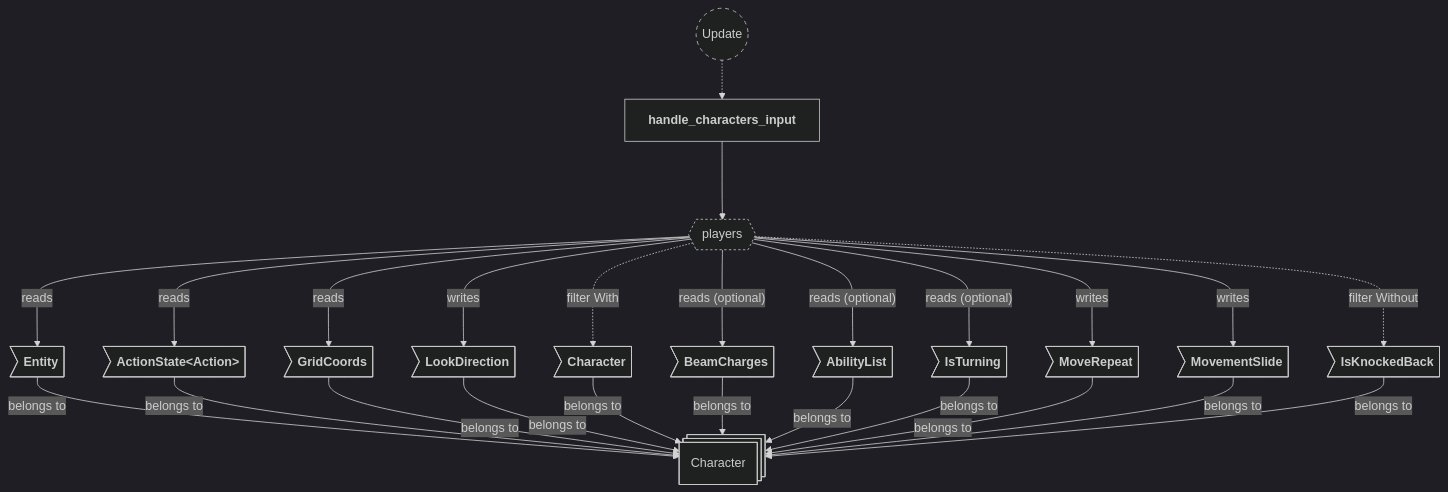
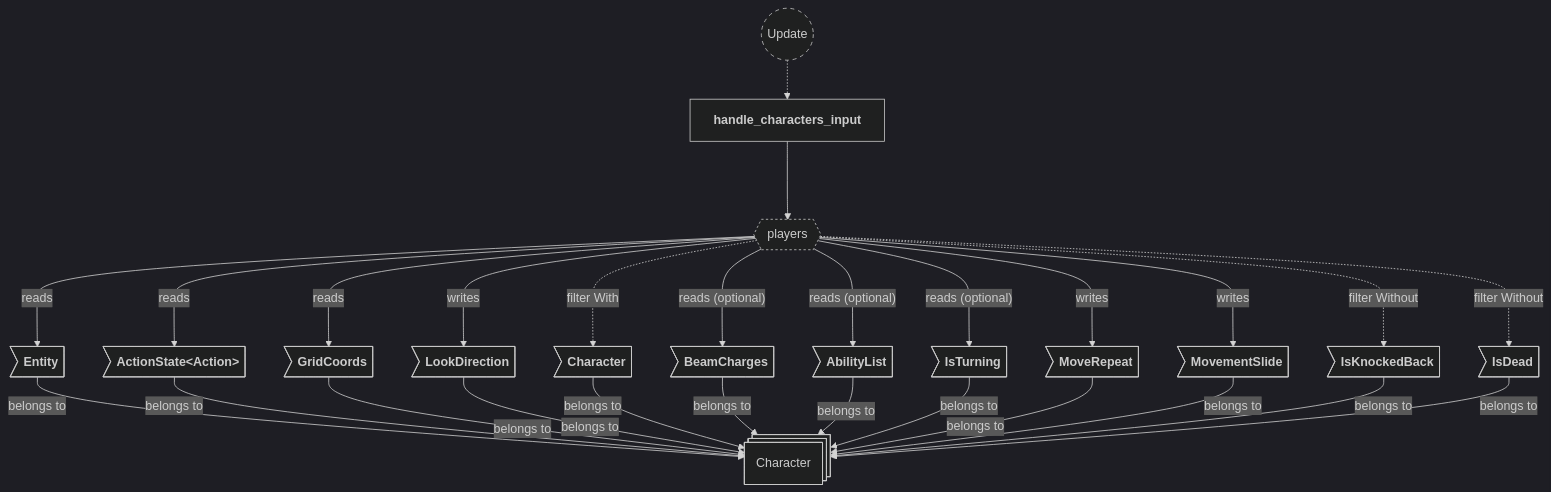
Before and after one commit to neurosoup/tyled: the third of 8 diagrams in backlog/docs/doc-2 - 002-Input-plugin.md, drawn with Mermaid. The commit also changed other lines of this file and 14 other files, not shown here.

````diff
--- a/backlog/docs/doc-2 - 002-Input-plugin.md
+++ b/backlog/docs/doc-2 - 002-Input-plugin.md
@@ -136,44 +136,46 @@
 ```mermaid
 ---
 config:
   theme: dark
 ---
 
 flowchart TD
 classDef system-group stroke-dasharray: 5 5
 classDef query stroke-dasharray: 3 3
 
 update(("`Update`")):::system-group
 handle_characters_input["`**handle_characters_input**`"]
 
 update -.-> handle_characters_input
 
 players_query{{"`players`"}}:::query
 handle_characters_input ---> players_query
 
 character_entity@{ shape: st-rect, label: "Character" }
 
 pe_entity>"`**Entity**`"] --> |belongs to| character_entity
 pe_action_state>"`**ActionState#60;Action#62;**`"] --> |belongs to| character_entity
 pe_grid_coords>"`**GridCoords**`"] --> |belongs to| character_entity
 pe_look_direction>"`**LookDirection**`"] --> |belongs to| character_entity
 pe_character>"`**Character**`"] --> |belongs to| character_entity
 pe_beam_charges>"`**BeamCharges**`"] --> |belongs to| character_entity
 pe_ability_list>"`**AbilityList**`"] --> |belongs to| character_entity
 pe_is_turning>"`**IsTurning**`"] --> |belongs to| character_entity
 pe_move_repeat>"`**MoveRepeat**`"] --> |belongs to| character_entity
 pe_slide>"`**MovementSlide**`"] --> |belongs to| character_entity
 pe_is_knocked_back>"`**IsKnockedBack**`"] --> |belongs to| character_entity
+pe_is_dead>"`**IsDead**`"] --> |belongs to| character_entity
 
 players_query ---> |reads| pe_entity
 players_query ---> |reads| pe_action_state
 players_query ---> |reads| pe_grid_coords
 players_query ---> |writes| pe_look_direction
 players_query ---> |writes| pe_move_repeat
 players_query ---> |writes| pe_slide
 players_query ---> |"reads (optional)"| pe_beam_charges
 players_query ---> |"reads (optional)"| pe_ability_list
 players_query ---> |"reads (optional)"| pe_is_turning
 players_query -..-> |filter With| pe_character
 players_query -..-> |filter Without| pe_is_knocked_back
+players_query -..-> |filter Without| pe_is_dead
 ```
````
